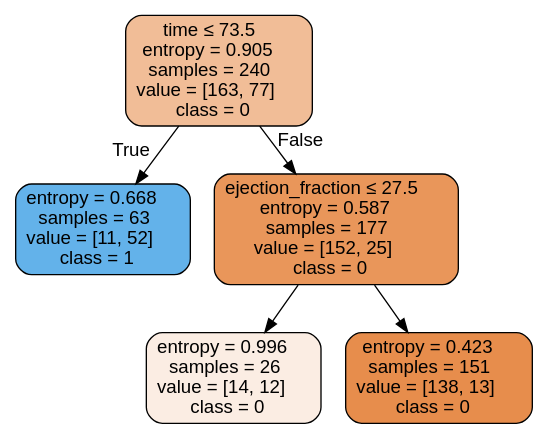
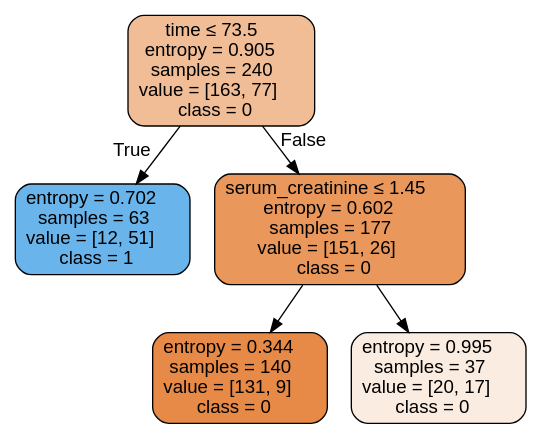
One commit to isabelSoares/CD-2021 changed the diagram in Labs/NewClassifiers/Results/DecisionTrees/Original/First/HFCR - Original - dtree.dot. Above: the diagram before and after it, drawn with Graphviz. The commit also changed 206 other files, not shown here.

```diff
--- a/Labs/NewClassifiers/Results/DecisionTrees/Original/First/HFCR - Original - dtree.dot
+++ b/Labs/NewClassifiers/Results/DecisionTrees/Original/First/HFCR - Original - dtree.dot
@@ -1,13 +1,13 @@
 digraph Tree {
 node [shape=box, style="filled, rounded", color="black", fontname=helvetica] ;
 edge [fontname=helvetica] ;
 0 [label=<time &le; 73.5<br/>entropy = 0.905<br/>samples = 240<br/>value = [163, 77]<br/>class = 0>, fillcolor="#f1bd97"] ;
-1 [label=<entropy = 0.668<br/>samples = 63<br/>value = [11, 52]<br/>class = 1>, fillcolor="#63b2ea"] ;
+1 [label=<entropy = 0.702<br/>samples = 63<br/>value = [12, 51]<br/>class = 1>, fillcolor="#68b4eb"] ;
 0 -> 1 [labeldistance=2.5, labelangle=45, headlabel="True"] ;
-2 [label=<ejection_fraction &le; 27.5<br/>entropy = 0.587<br/>samples = 177<br/>value = [152, 25]<br/>class = 0>, fillcolor="#e9965a"] ;
+2 [label=<serum_creatinine &le; 1.45<br/>entropy = 0.602<br/>samples = 177<br/>value = [151, 26]<br/>class = 0>, fillcolor="#e9975b"] ;
 0 -> 2 [labeldistance=2.5, labelangle=-45, headlabel="False"] ;
-3 [label=<entropy = 0.996<br/>samples = 26<br/>value = [14, 12]<br/>class = 0>, fillcolor="#fbede3"] ;
+3 [label=<entropy = 0.344<br/>samples = 140<br/>value = [131, 9]<br/>class = 0>, fillcolor="#e78a47"] ;
 2 -> 3 ;
-4 [label=<entropy = 0.423<br/>samples = 151<br/>value = [138, 13]<br/>class = 0>, fillcolor="#e78d4c"] ;
+4 [label=<entropy = 0.995<br/>samples = 37<br/>value = [20, 17]<br/>class = 0>, fillcolor="#fbece1"] ;
 2 -> 4 ;
 }
```
